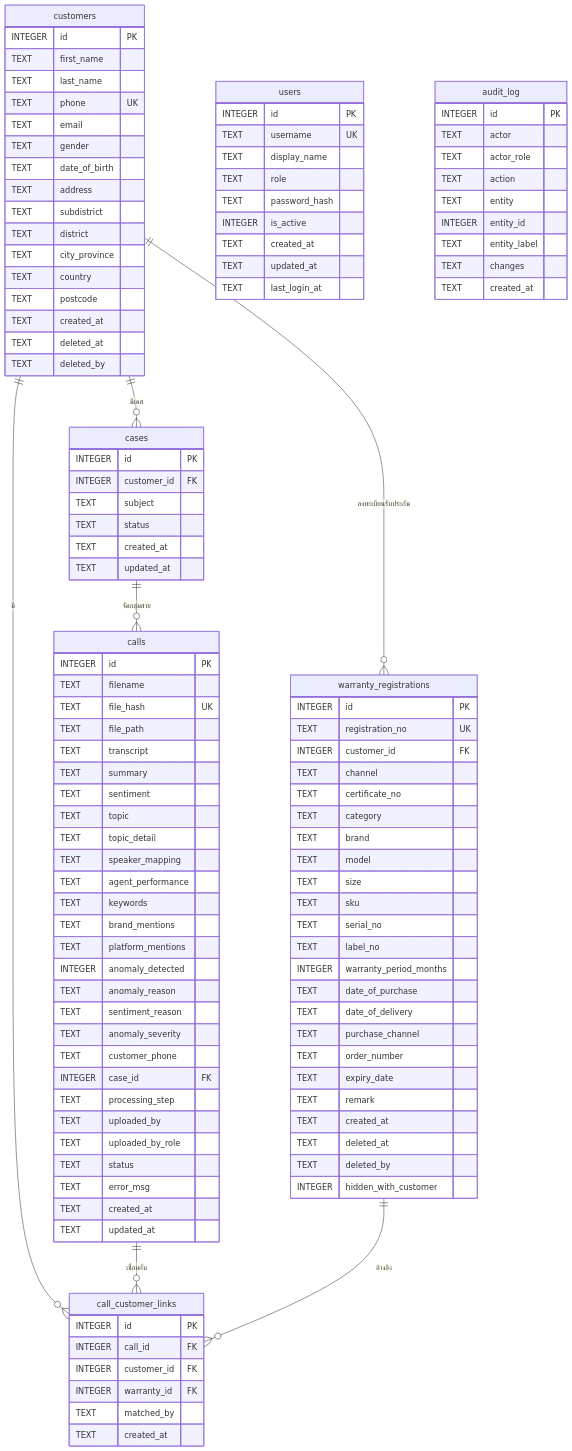
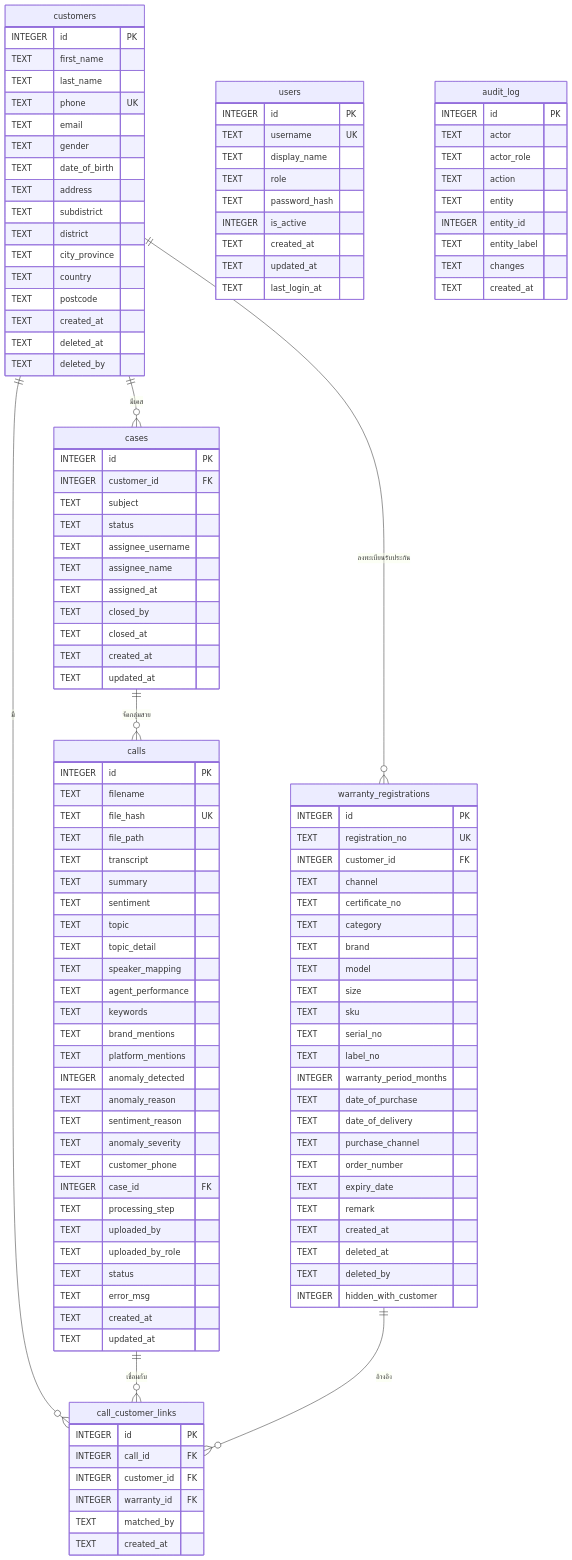
Before and after one commit to chisanuphongmadj/smartvoice: the diagram in docs/database_design.md, drawn with Mermaid. The commit also changed other lines of this file and 13 other files, not shown here.

```diff
--- a/docs/database_design.md
+++ b/docs/database_design.md
@@ -98,6 +98,11 @@
         INTEGER customer_id FK
         TEXT subject
         TEXT status
+        TEXT assignee_username
+        TEXT assignee_name
+        TEXT assigned_at
+        TEXT closed_by
+        TEXT closed_at
         TEXT created_at
         TEXT updated_at
     }
```
